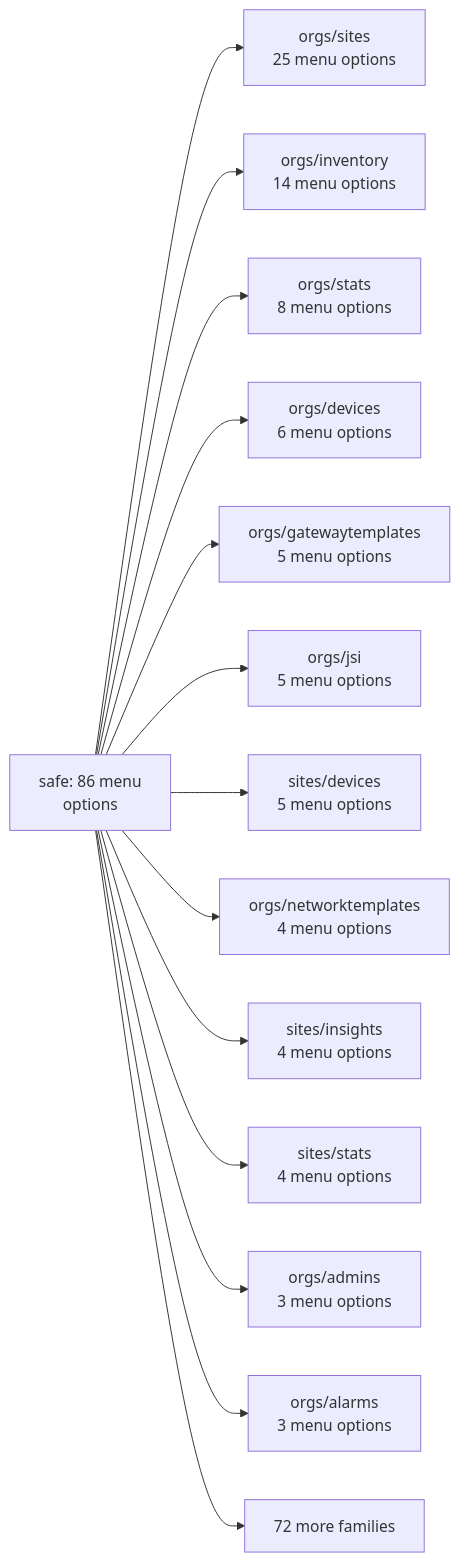
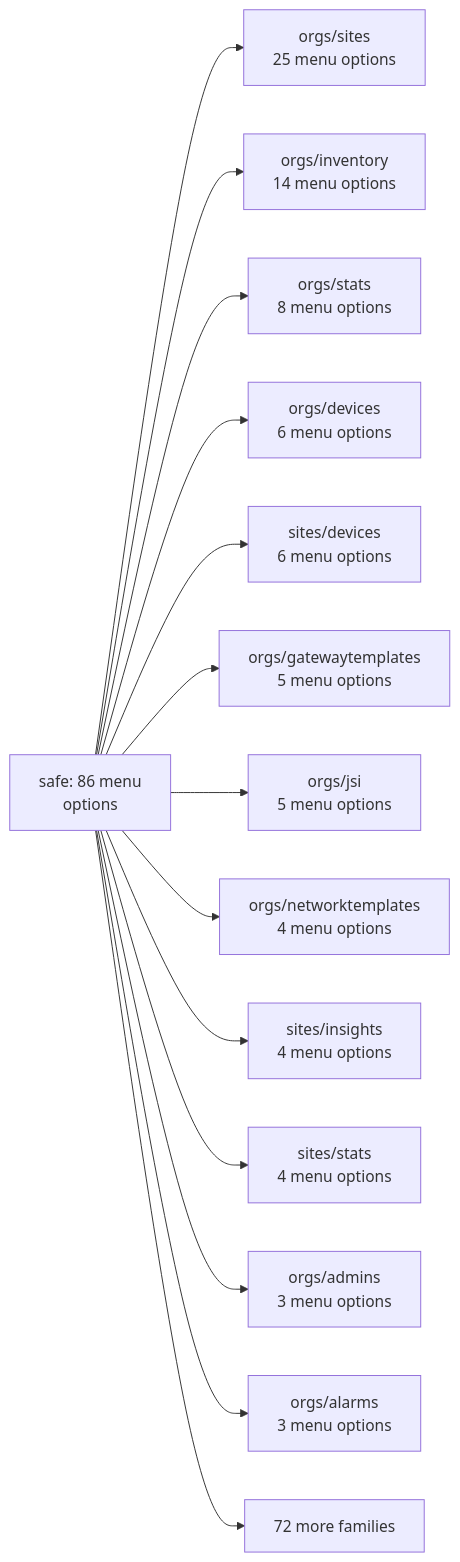
One commit to jmorrison-juniper/MistHelper changed the first of 24 diagrams in documentation/menu-api/safe.md. Above: the diagram before and after it, drawn with Mermaid. The commit also changed other lines of this file and 15 other files, not shown here.

````diff
--- a/documentation/menu-api/safe.md
+++ b/documentation/menu-api/safe.md
@@ -17,17 +17,17 @@
 ```mermaid
 flowchart LR
     root["safe: 86 menu<br/>options"]
     root --> f_orgs_sites["orgs/sites<br/>25 menu options"]
     root --> f_orgs_inventory["orgs/inventory<br/>14 menu options"]
     root --> f_orgs_stats["orgs/stats<br/>8 menu options"]
     root --> f_orgs_devices["orgs/devices<br/>6 menu options"]
+    root --> f_sites_devices["sites/devices<br/>6 menu options"]
     root --> f_orgs_gatewaytemplates["orgs/gatewaytemplates<br/>5 menu options"]
     root --> f_orgs_jsi["orgs/jsi<br/>5 menu options"]
-    root --> f_sites_devices["sites/devices<br/>5 menu options"]
     root --> f_orgs_networktemplates["orgs/networktemplates<br/>4 menu options"]
     root --> f_sites_insights["sites/insights<br/>4 menu options"]
     root --> f_sites_stats["sites/stats<br/>4 menu options"]
     root --> f_orgs_admins["orgs/admins<br/>3 menu options"]
     root --> f_orgs_alarms["orgs/alarms<br/>3 menu options"]
     root --> more["72 more families"]
 ```
````
